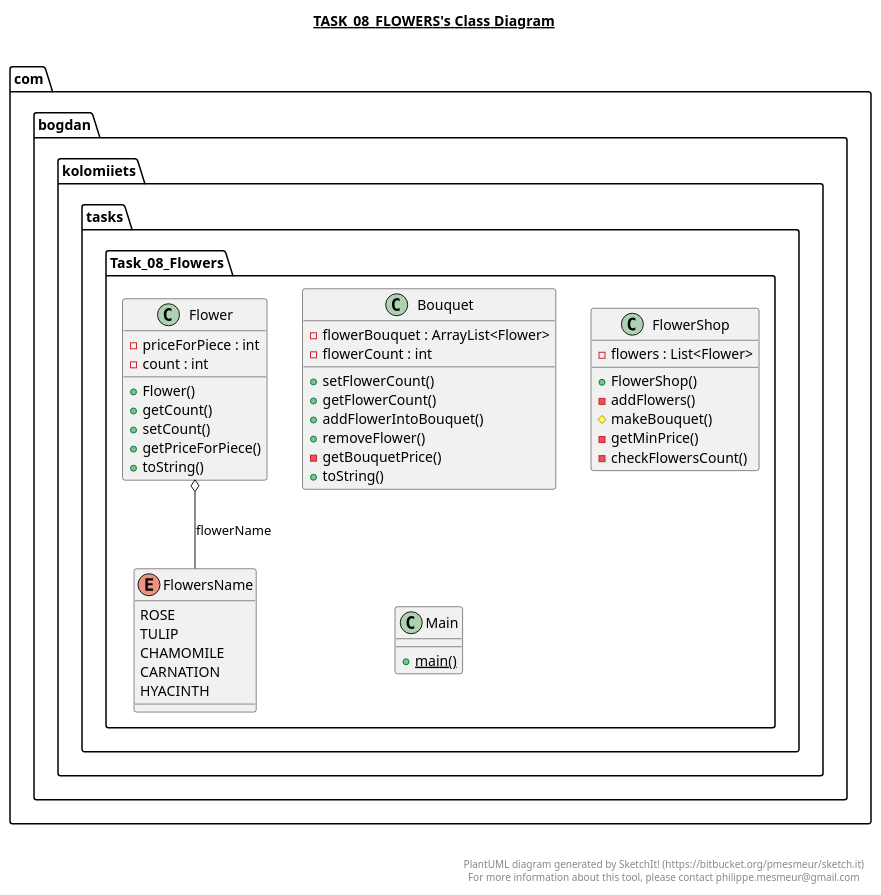
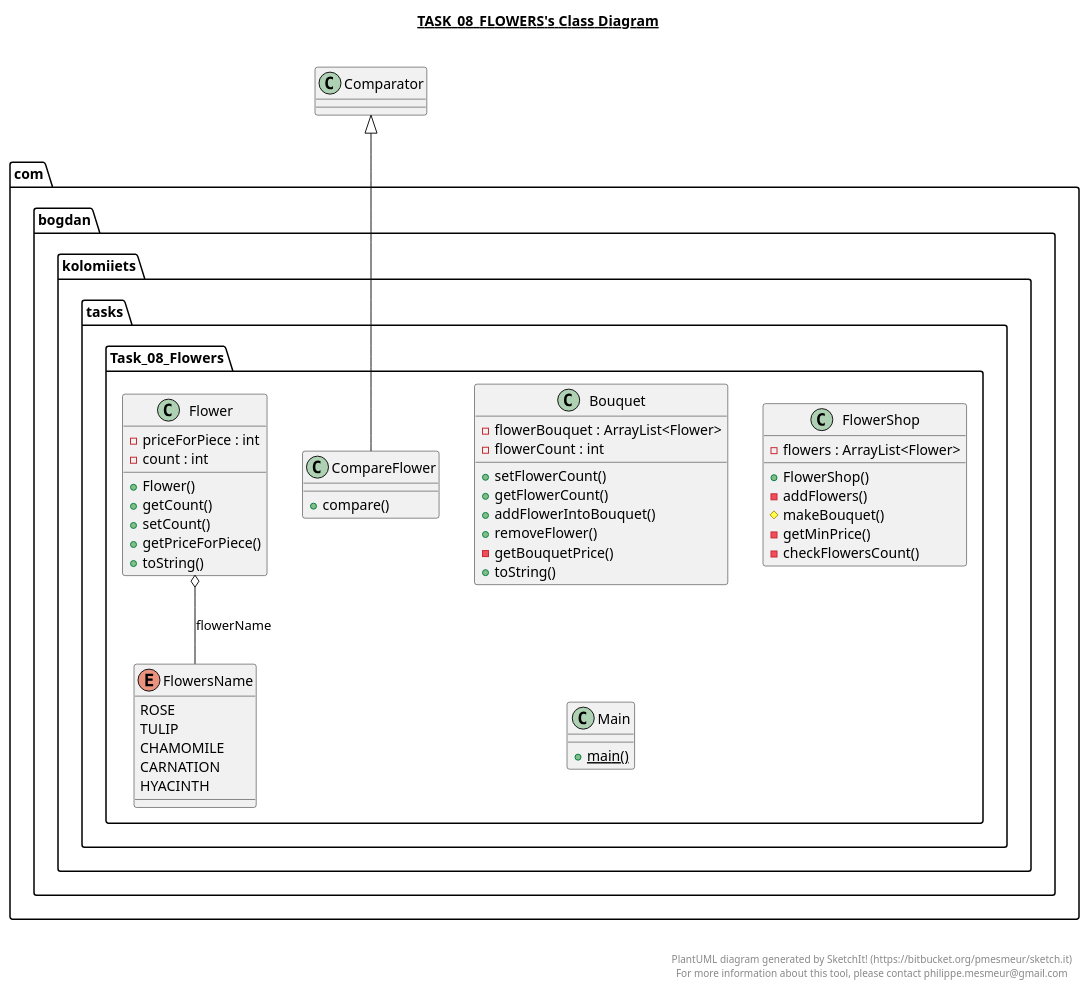
The diagram in Task_08_Flowers/Task_08_Flowers.plantuml (bogdankolomiiets/Courses), drawn with PlantUML before and after one commit. The commit also changed 8 other files, not shown here.

```diff
--- a/Task_08_Flowers/Task_08_Flowers.plantuml
+++ b/Task_08_Flowers/Task_08_Flowers.plantuml
@@ -1,82 +1,92 @@
 @startuml
 
 title __TASK_08_FLOWERS's Class Diagram__\n
 
   package com.bogdan.kolomiiets.tasks {
     package com.bogdan.kolomiiets.tasks.Task_08_Flowers {
       class Bouquet {
           - flowerBouquet : ArrayList<Flower>
           - flowerCount : int
           + setFlowerCount()
           + getFlowerCount()
           + addFlowerIntoBouquet()
           + removeFlower()
           - getBouquetPrice()
           + toString()
+      }
+    }
+  }
+  
+
+  package com.bogdan.kolomiiets.tasks {
+    package com.bogdan.kolomiiets.tasks.Task_08_Flowers {
+      class CompareFlower {
+          + compare()
       }
     }
   }
   
 
   package com.bogdan.kolomiiets.tasks {
     package com.bogdan.kolomiiets.tasks.Task_08_Flowers {
       class Flower {
           - priceForPiece : int
           - count : int
           + Flower()
           + getCount()
           + setCount()
           + getPriceForPiece()
           + toString()
       }
     }
   }
   
 
   package com.bogdan.kolomiiets.tasks {
     package com.bogdan.kolomiiets.tasks.Task_08_Flowers {
       class FlowerShop {
-          - flowers : List<Flower>
+          - flowers : ArrayList<Flower>
           + FlowerShop()
           - addFlowers()
           # makeBouquet()
           - getMinPrice()
           - checkFlowersCount()
       }
     }
   }
   
 
   package com.bogdan.kolomiiets.tasks {
     package com.bogdan.kolomiiets.tasks.Task_08_Flowers {
       enum FlowersName {
         ROSE
         TULIP
         CHAMOMILE
         CARNATION
         HYACINTH
       }
     }
   }
   
 
   package com.bogdan.kolomiiets.tasks {
     package com.bogdan.kolomiiets.tasks.Task_08_Flowers {
       class Main {
           {static} + main()
       }
     }
   }
   
 
+  CompareFlower -up-|> Comparator
   Flower o-- FlowersName : flowerName
 
 
 right footer
 
 
 PlantUML diagram generated by SketchIt! (https://bitbucket.org/pmesmeur/sketch.it)
 For more information about this tool, please contact philippe.mesmeur@gmail.com
 endfooter
 
 @enduml
```
